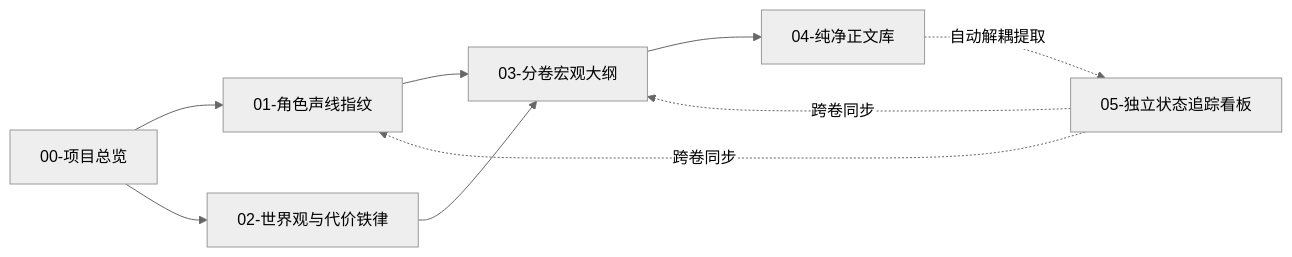
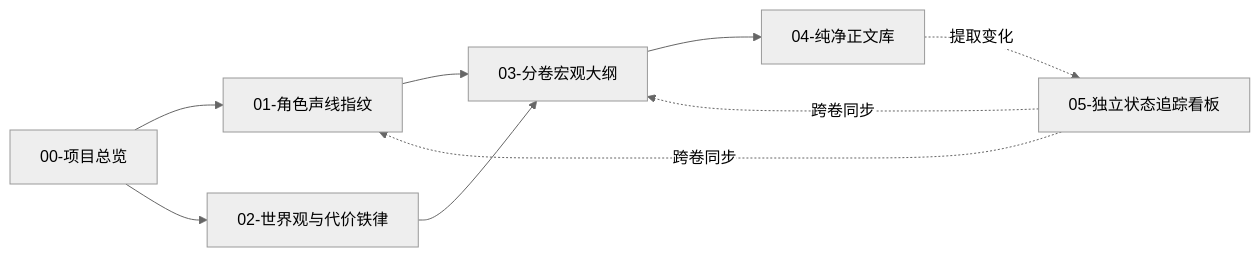
The diagram in README.md (dashenbibi/novel-master), drawn with Mermaid (neutral theme) before and after one commit. The commit also changed other lines of this file, not shown here.

````diff
--- a/README.md
+++ b/README.md
@@ -111,9 +65,9 @@
 ```mermaid
 flowchart LR
     A[00-项目总览] --> B[01-角色声线指纹]
     A --> C[02-世界观与代价铁律]
     B & C --> D[03-分卷宏观大纲]
     D --> E[04-纯净正文库]
-    E -. 自动解耦提取 .-> F[05-独立状态追踪看板]
+    E -. 提取变化 .-> F[05-独立状态追踪看板]
     F -. 跨卷同步 .-> B & D
 ```
````
